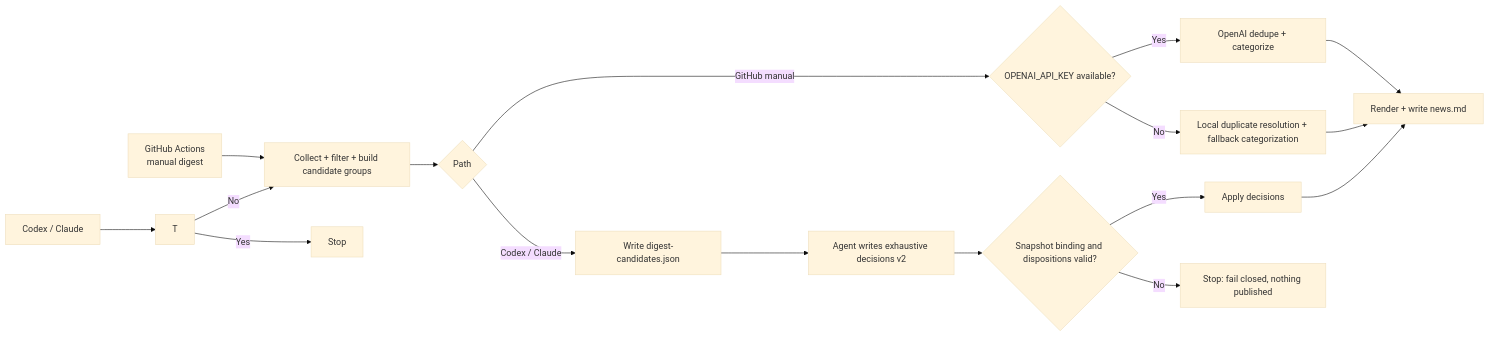
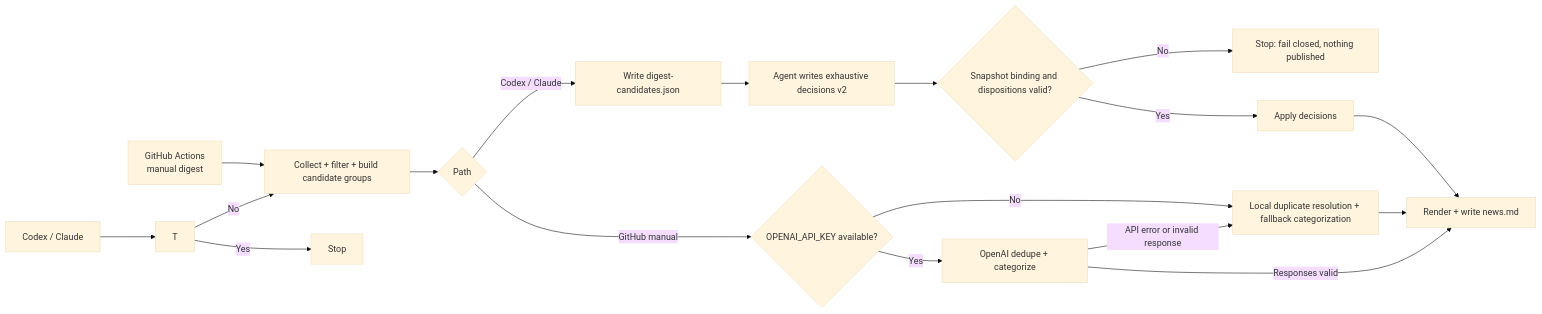
Before and after one commit to ActioBio/bio-news-agent: the second of 2 diagrams in docs/architecture.md, drawn with Mermaid (base theme). The commit also changed other lines of this file and 4 other files, not shown here.

First line of the commit message:
fix(api): Validate dispositions before applying responses (#391)

````diff
--- a/docs/architecture.md
+++ b/docs/architecture.md
@@ -62,19 +62,20 @@
 ```mermaid
 flowchart LR
     GH[GitHub Actions<br/>manual digest] --> C[Collect + filter + build candidate groups]
     AGENT[Codex / Claude] --> T
     T -- Yes --> S[Stop]
     T -- No --> C
     C --> P{Path}
     P -- GitHub manual --> K1{OPENAI_API_KEY available?}
     K1 -- Yes --> L[OpenAI dedupe + categorize]
     K1 -- No --> R[Local duplicate resolution + fallback categorization]
     P -- Codex / Claude --> X[Write digest-candidates.json]
     X --> Y[Agent writes exhaustive decisions v2]
     Y --> V{Snapshot binding and dispositions valid?}
     V -- Yes --> Z[Apply decisions]
     V -- No --> F[Stop: fail closed, nothing published]
-    L --> W[Render + write news.md]
+    L -- Responses valid --> W[Render + write news.md]
+    L -- API error or invalid response --> R
     R --> W
     Z --> W
 ```
````
